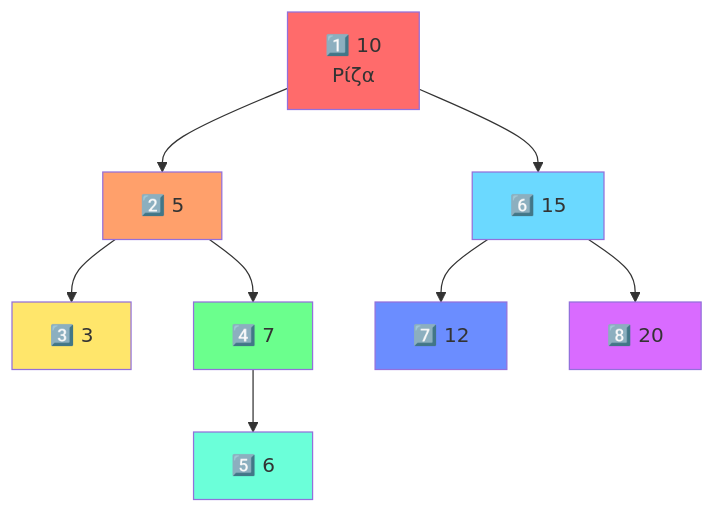
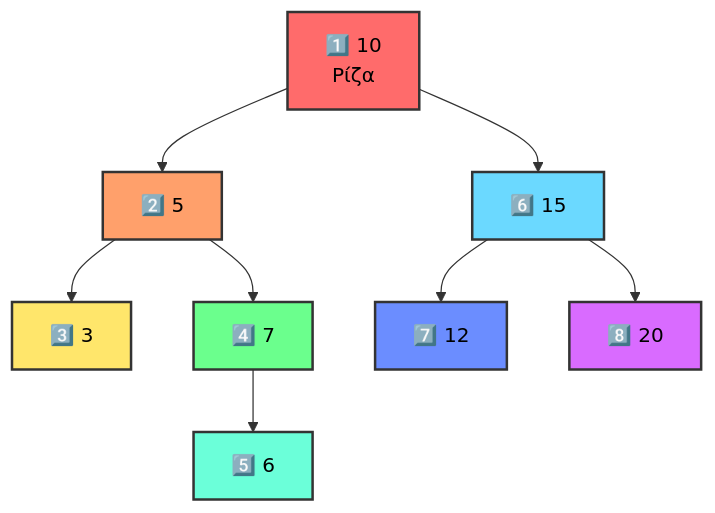
Before and after one commit to PanagopoulosNikolaos/DitOpenNotes: the second of 43 diagrams in Year_2/Semester_3/DSA_DATA_STRUCTURES_ALGORITHMS/Lectures/Binary_Trees.md, drawn with Mermaid. The commit also changed other lines of this file and 4 other files, not shown here.

````diff
--- a/Year_2/Semester_3/DSA_DATA_STRUCTURES_ALGORITHMS/Lectures/Binary_Trees.md
+++ b/Year_2/Semester_3/DSA_DATA_STRUCTURES_ALGORITHMS/Lectures/Binary_Trees.md
@@ -65,19 +65,19 @@
 ```mermaid
 graph TD
     A["1️⃣ 10<br/>Ρίζα"] --> B["2️⃣ 5"]
     A --> C["6️⃣ 15"]
     B --> D["3️⃣ 3"]
     B --> E["4️⃣ 7"]
     E --> EA["5️⃣ 6"]
     C --> F["7️⃣ 12"]
     C --> G["8️⃣ 20"]
     
-    style A fill:#ff6b6b
-    style B fill:#ffa06b
-    style D fill:#ffe66b
-    style E fill:#6bff8d
-    style EA fill:#6bffd9
-    style C fill:#6bd9ff
-    style F fill:#6b8dff
-    style G fill:#d96bff
+    style A fill:#ff6b6b,stroke:#333,stroke-width:2px,color:black
+    style B fill:#ffa06b,stroke:#333,stroke-width:2px,color:black
+    style D fill:#ffe66b,stroke:#333,stroke-width:2px,color:black
+    style E fill:#6bff8d,stroke:#333,stroke-width:2px,color:black
+    style EA fill:#6bffd9,stroke:#333,stroke-width:2px,color:black
+    style C fill:#6bd9ff,stroke:#333,stroke-width:2px,color:black
+    style F fill:#6b8dff,stroke:#333,stroke-width:2px,color:black
+    style G fill:#d96bff,stroke:#333,stroke-width:2px,color:black
 ```
````
